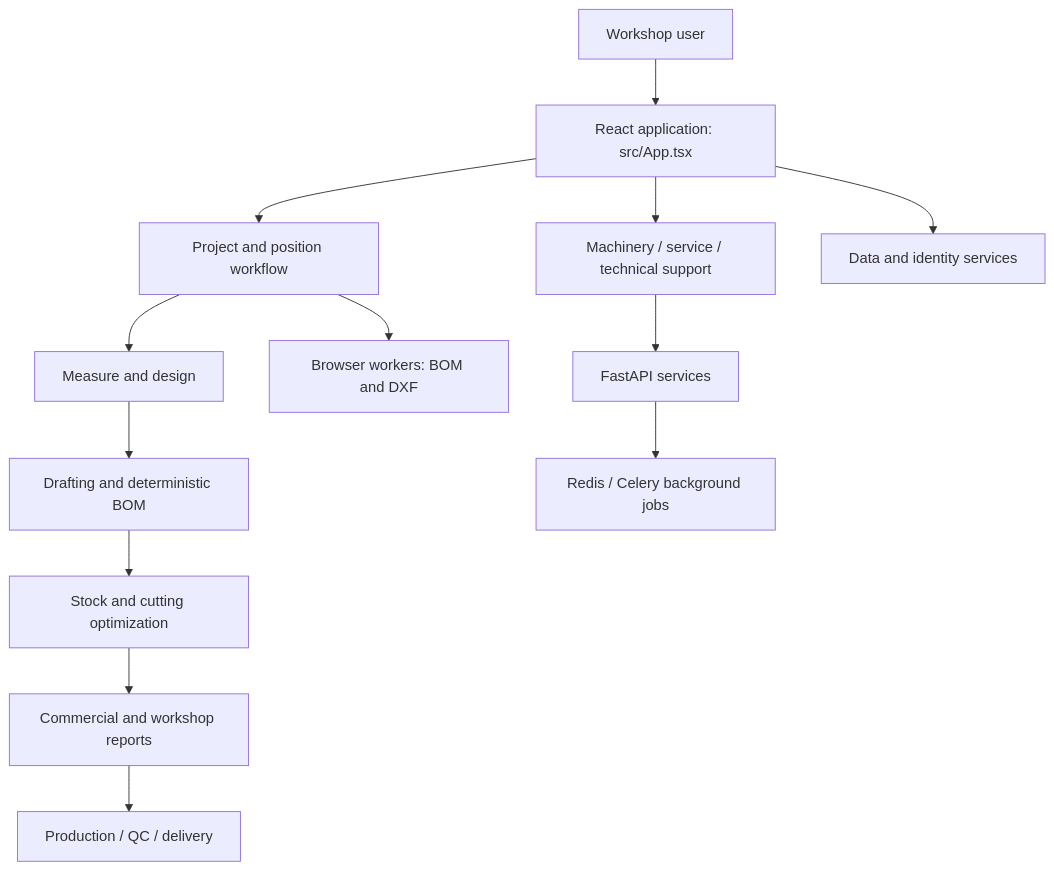
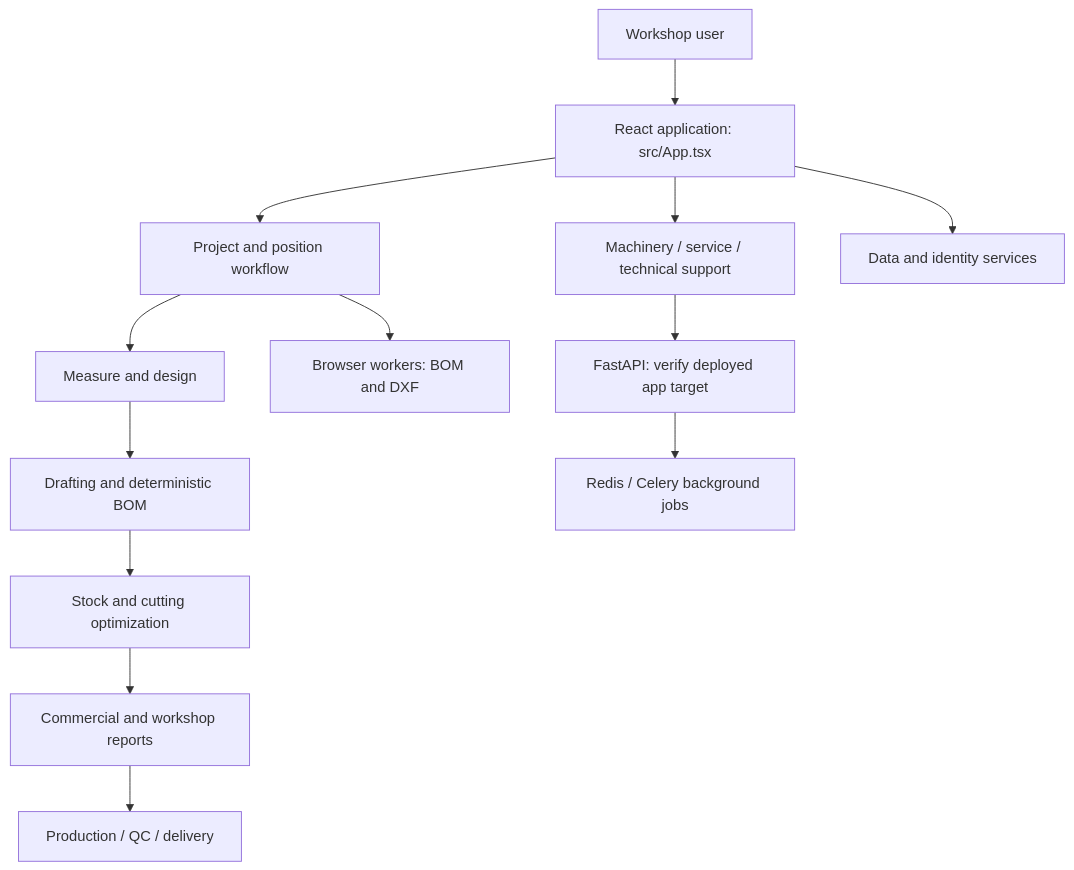
Before and after one commit to almona02/almona-portfolio-forge: the diagram in README.md, drawn with Mermaid. The commit also changed other lines of this file and 7 other files, not shown here.

First line of the commit message:
feat(seo): restore tagline + dealer-focused metadata and schema

````diff
--- a/README.md
+++ b/README.md
@@ -68,15 +68,15 @@
 ```mermaid
 flowchart TD
     User[Workshop user] --> Web[React application: src/App.tsx]
     Web --> Flow[Project and position workflow]
     Flow --> Measure[Measure and design]
     Measure --> BOM[Drafting and deterministic BOM]
     BOM --> Optimize[Stock and cutting optimization]
     Optimize --> Quote[Commercial and workshop reports]
     Quote --> Release[Production / QC / delivery]
     Web --> Services[Machinery / service / technical support]
     Flow --> Workers[Browser workers: BOM and DXF]
     Web --> Data[Data and identity services]
-    Services --> API[FastAPI services]
+    Services --> API[FastAPI: verify deployed app target]
     API --> Jobs[Redis / Celery background jobs]
 ```
````
